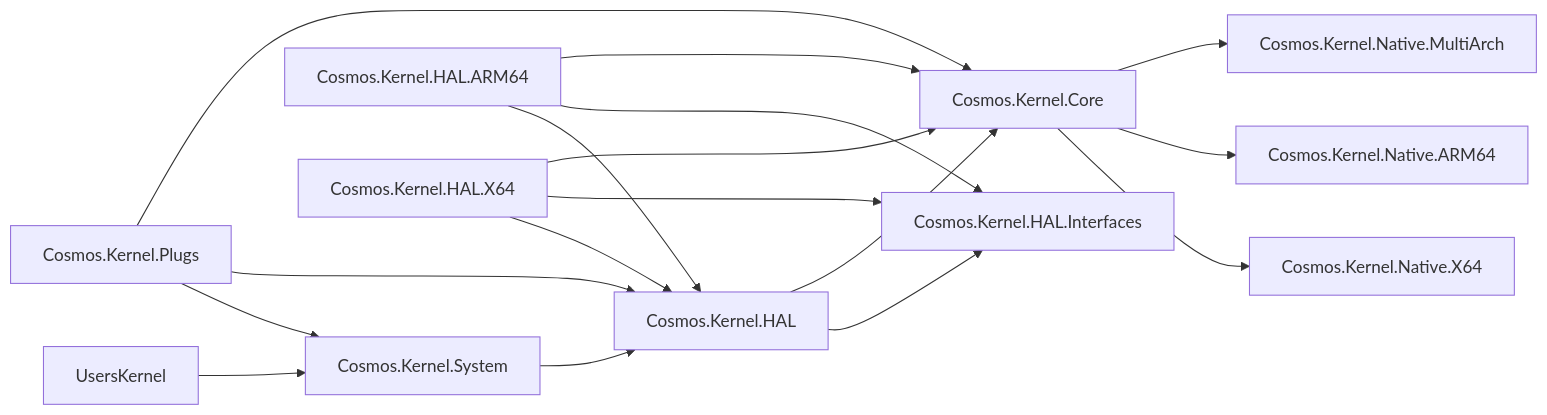
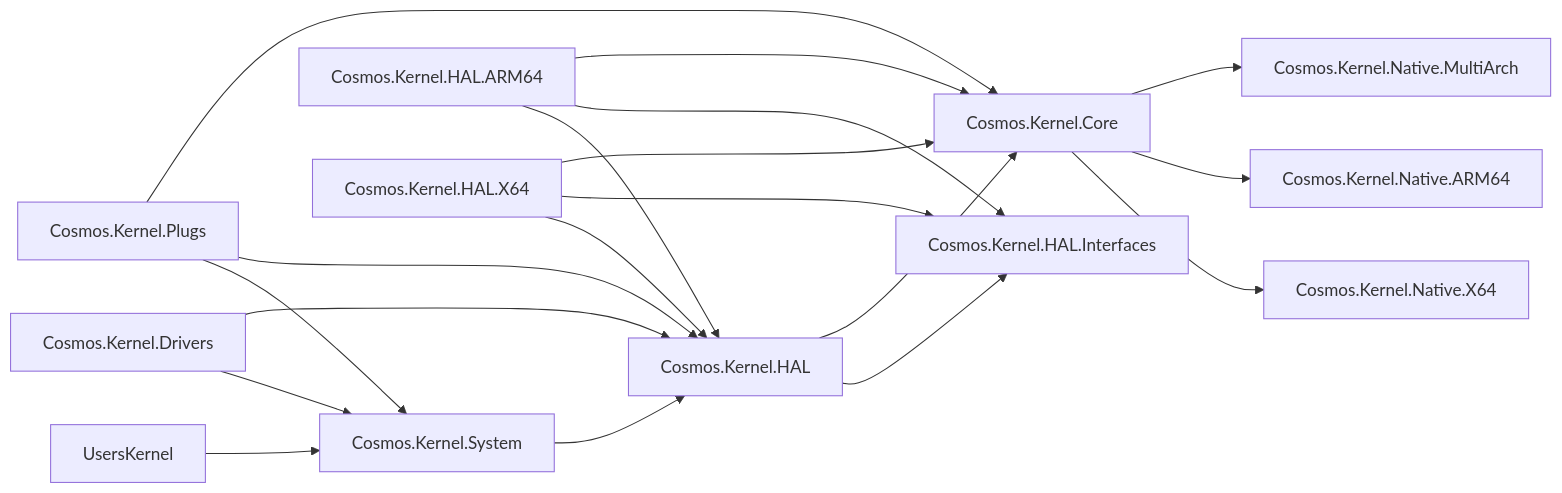
One commit to CosmosOS/Cosmos changed the diagram in docs/articles/dev/kernel-project-layout.md. Above: the diagram before and after it, drawn with Mermaid. The commit also changed other lines of this file and 8 other files, not shown here.

````diff
--- a/docs/articles/dev/kernel-project-layout.md
+++ b/docs/articles/dev/kernel-project-layout.md
@@ -7,19 +7,21 @@
 ```mermaid
 flowchart LR;
 	UsersKernel-->Cosmos.Kernel.System;
+    Cosmos.Kernel.Drivers-->Cosmos.Kernel.System;
+    Cosmos.Kernel.Drivers-->Cosmos.Kernel.HAL;
     Cosmos.Kernel.System-->Cosmos.Kernel.HAL;
 	Cosmos.Kernel.Plugs-->Cosmos.Kernel.System;
     Cosmos.Kernel.Plugs-->Cosmos.Kernel.HAL;
     Cosmos.Kernel.Plugs-->Cosmos.Kernel.Core;
     Cosmos.Kernel.HAL-->Cosmos.Kernel.HAL.Interfaces;
     Cosmos.Kernel.HAL.ARM64-->Cosmos.Kernel.HAL;
     Cosmos.Kernel.HAL.X64-->Cosmos.Kernel.HAL;
 	Cosmos.Kernel.HAL.ARM64-->Cosmos.Kernel.HAL.Interfaces;
 	Cosmos.Kernel.HAL.X64-->Cosmos.Kernel.HAL.Interfaces;
 	Cosmos.Kernel.HAL.ARM64-->Cosmos.Kernel.Core;
 	Cosmos.Kernel.HAL.X64-->Cosmos.Kernel.Core;
 	Cosmos.Kernel.HAL-->Cosmos.Kernel.Core;
     Cosmos.Kernel.Core-->Cosmos.Kernel.Native.X64;
     Cosmos.Kernel.Core-->Cosmos.Kernel.Native.ARM64;
     Cosmos.Kernel.Core-->Cosmos.Kernel.Native.MultiArch;
 ```
````
